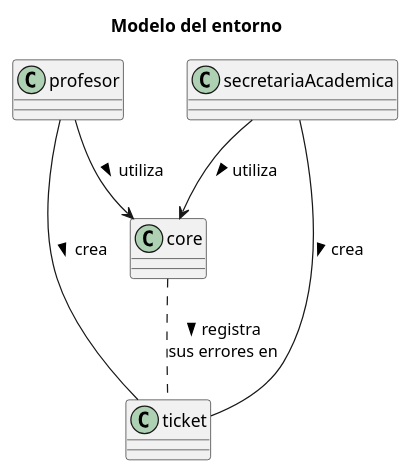
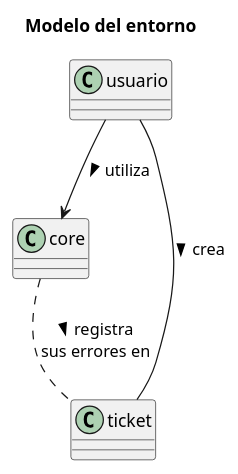
The diagram in modelosUML/DiagramasModeloDominio/ModeloDeEntorno.puml (mmasias/23-24-IdSw1-SDR), drawn with PlantUML before and after one commit. The commit also changed 5 other files, not shown here.

```diff
--- a/modelosUML/DiagramasModeloDominio/ModeloDeEntorno.puml
+++ b/modelosUML/DiagramasModeloDominio/ModeloDeEntorno.puml
@@ -1,10 +1,8 @@
 @startuml
 'https://plantuml.com/sequence-diagram
 title Modelo del entorno
-profesor --> core : > utiliza
-secretariaAcademica --> core: > utiliza
-profesor -- ticket: > crea
-secretariaAcademica -- ticket: > crea
+usuario --> core : > utiliza
+usuario -- ticket: > crea
 core .. ticket : > registra\nsus errores en
 
 @enduml
```
